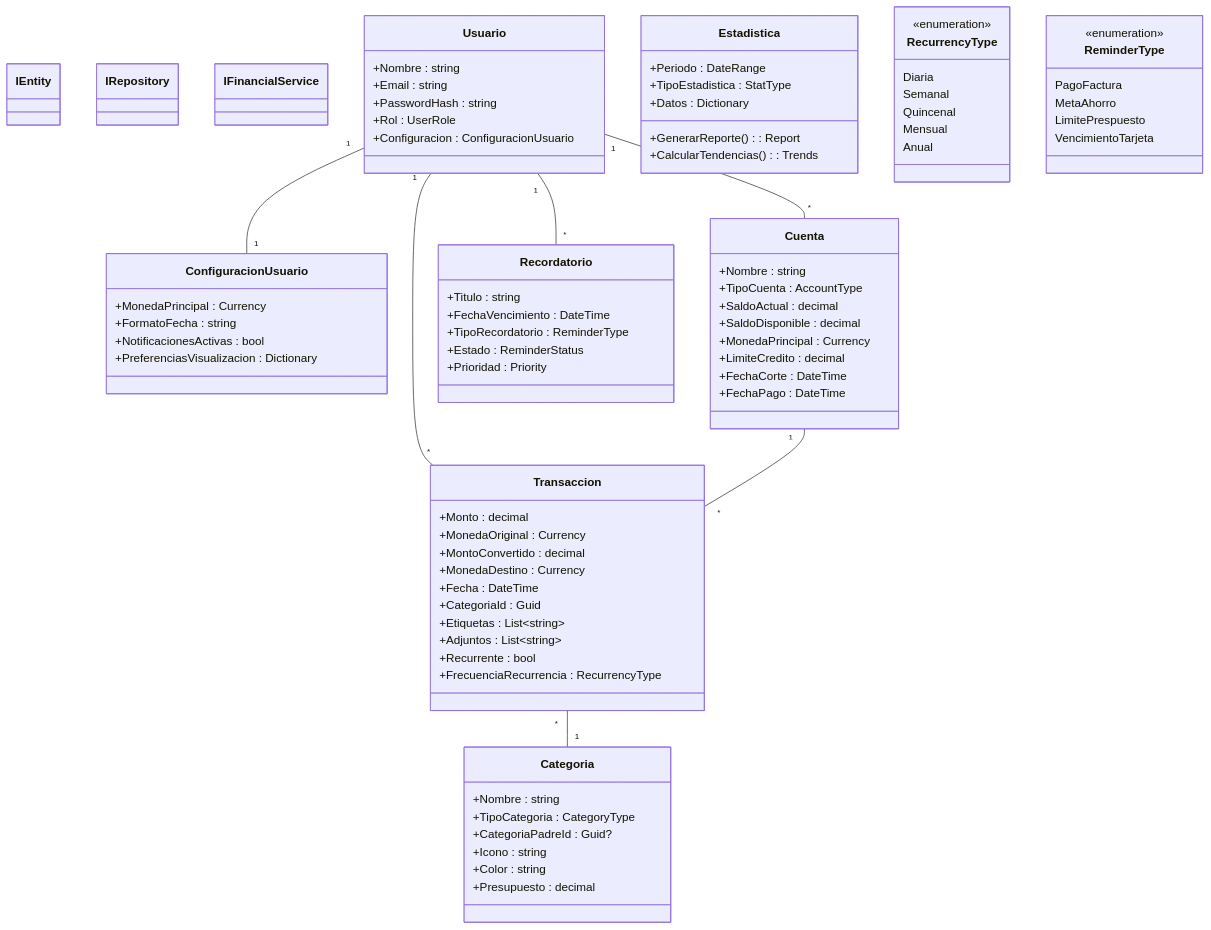
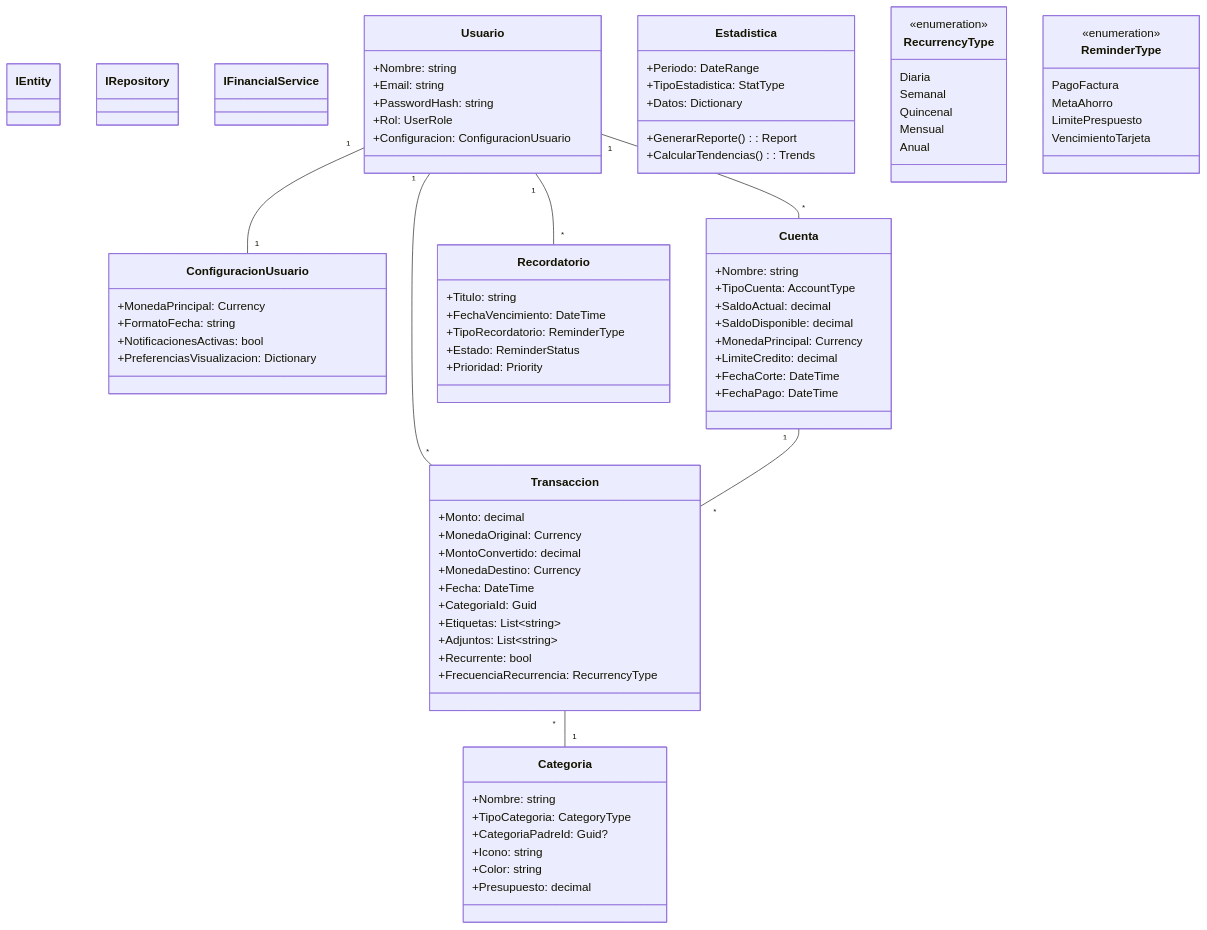
The diagram in Diagram/Diagrama.mmd (AlexKibysz/Guardadito), drawn with Mermaid before and after one commit. The commit also changed 285 other files, not shown here.

```diff
--- a/Diagram/Diagrama.mmd
+++ b/Diagram/Diagrama.mmd
@@ -1,98 +1,97 @@
+classDiagram
+%% Interfaces Base
+   class IEntity
+   class IRepository
+   class IFinancialService
 
-classDiagram
-    %% Interfaces Base
-    class IEntity
-    class IRepository
-    class IFinancialService
+%% Entidades Core
+   class Usuario {
+      +Nombre: string
+      +Email: string
+      +PasswordHash: string
+      +Rol: UserRole
+      +Configuracion: ConfiguracionUsuario
+   }
 
-    %% Entidades Core
-    class Usuario {
-        +Nombre : string
-        +Email : string
-        +PasswordHash : string
-        +Rol : UserRole
-        +Configuracion : ConfiguracionUsuario
-    }
+   class ConfiguracionUsuario {
+      +MonedaPrincipal: Currency
+      +FormatoFecha: string
+      +NotificacionesActivas: bool
+      +PreferenciasVisualizacion: Dictionary
+   }
 
-    class ConfiguracionUsuario {
-        +MonedaPrincipal : Currency
-        +FormatoFecha : string
-        +NotificacionesActivas : bool
-        +PreferenciasVisualizacion : Dictionary
-    }
+   class Cuenta {
+      +Nombre: string
+      +TipoCuenta: AccountType
+      +SaldoActual: decimal
+      +SaldoDisponible: decimal
+      +MonedaPrincipal: Currency
+      +LimiteCredito: decimal
+      +FechaCorte: DateTime
+      +FechaPago: DateTime
+   }
 
-    class Cuenta {
-        +Nombre : string
-        +TipoCuenta : AccountType
-        +SaldoActual : decimal
-        +SaldoDisponible : decimal
-        +MonedaPrincipal : Currency
-        +LimiteCredito : decimal
-        +FechaCorte : DateTime
-        +FechaPago : DateTime
-    }
+   class Transaccion {
+      +Monto: decimal
+      +MonedaOriginal: Currency
+      +MontoConvertido: decimal
+      +MonedaDestino: Currency
+      +Fecha: DateTime
+      +CategoriaId: Guid
+      +Etiquetas: List~string~
+      +Adjuntos: List~string~
+      +Recurrente: bool
+      +FrecuenciaRecurrencia: RecurrencyType
+   }
 
-    class Transaccion {
-        +Monto : decimal
-        +MonedaOriginal : Currency
-        +MontoConvertido : decimal
-        +MonedaDestino : Currency
-        +Fecha : DateTime
-        +CategoriaId : Guid
-        +Etiquetas : List~string~
-        +Adjuntos : List~string~
-        +Recurrente : bool
-        +FrecuenciaRecurrencia : RecurrencyType
-    }
+%% Nuevas Clases
+   class Categoria {
+      +Nombre: string
+      +TipoCategoria: CategoryType
+      +CategoriaPadreId: Guid?
+      +Icono: string
+      +Color: string
+      +Presupuesto: decimal
+   }
 
-    %% Nuevas Clases
-    class Categoria {
-        +Nombre : string
-        +TipoCategoria : CategoryType
-        +CategoriaPadreId : Guid?
-        +Icono : string
-        +Color : string
-        +Presupuesto : decimal
-    }
+   class Estadistica {
+      +Periodo: DateRange
+      +TipoEstadistica: StatType
+      +Datos: Dictionary
+      +GenerarReporte(): Report
+      +CalcularTendencias(): Trends
+   }
 
-    class Estadistica {
-        +Periodo : DateRange
-        +TipoEstadistica : StatType
-        +Datos : Dictionary
-        +GenerarReporte() : Report
-        +CalcularTendencias() : Trends
-    }
+   class Recordatorio {
+      +Titulo: string
+      +FechaVencimiento: DateTime
+      +TipoRecordatorio: ReminderType
+      +Estado: ReminderStatus
+      +Prioridad: Priority
+   }
 
-    class Recordatorio {
-        +Titulo : string
-        +FechaVencimiento : DateTime
-        +TipoRecordatorio : ReminderType
-        +Estado : ReminderStatus
-        +Prioridad : Priority
-    }
+%% Enums Adicionales
+   class RecurrencyType {
+      <<enumeration>>
+      Diaria
+      Semanal
+      Quincenal
+      Mensual
+      Anual
+   }
 
-    %% Enums Adicionales
-    class RecurrencyType {
-        <<enumeration>>
-        Diaria
-        Semanal
-        Quincenal
-        Mensual
-        Anual
-    }
+   class ReminderType {
+      <<enumeration>>
+      PagoFactura
+      MetaAhorro
+      LimitePrespuesto
+      VencimientoTarjeta
+   }
 
-    class ReminderType {
-        <<enumeration>>
-        PagoFactura
-        MetaAhorro
-        LimitePrespuesto
-        VencimientoTarjeta
-    }
-
-    %% Relaciones
-    Usuario "1" -- "*" Cuenta
-    Usuario "1" -- "*" Transaccion
-    Usuario "1" -- "1" ConfiguracionUsuario
-    Cuenta "1" -- "*" Transaccion
-    Transaccion "*" -- "1" Categoria
-    Usuario "1" -- "*" Recordatorio
+%% Relaciones
+   Usuario "1" -- "*" Cuenta
+   Usuario "1" -- "*" Transaccion
+   Usuario "1" -- "1" ConfiguracionUsuario
+   Cuenta "1" -- "*" Transaccion
+   Transaccion "*" -- "1" Categoria
+   Usuario "1" -- "*" Recordatorio
```
